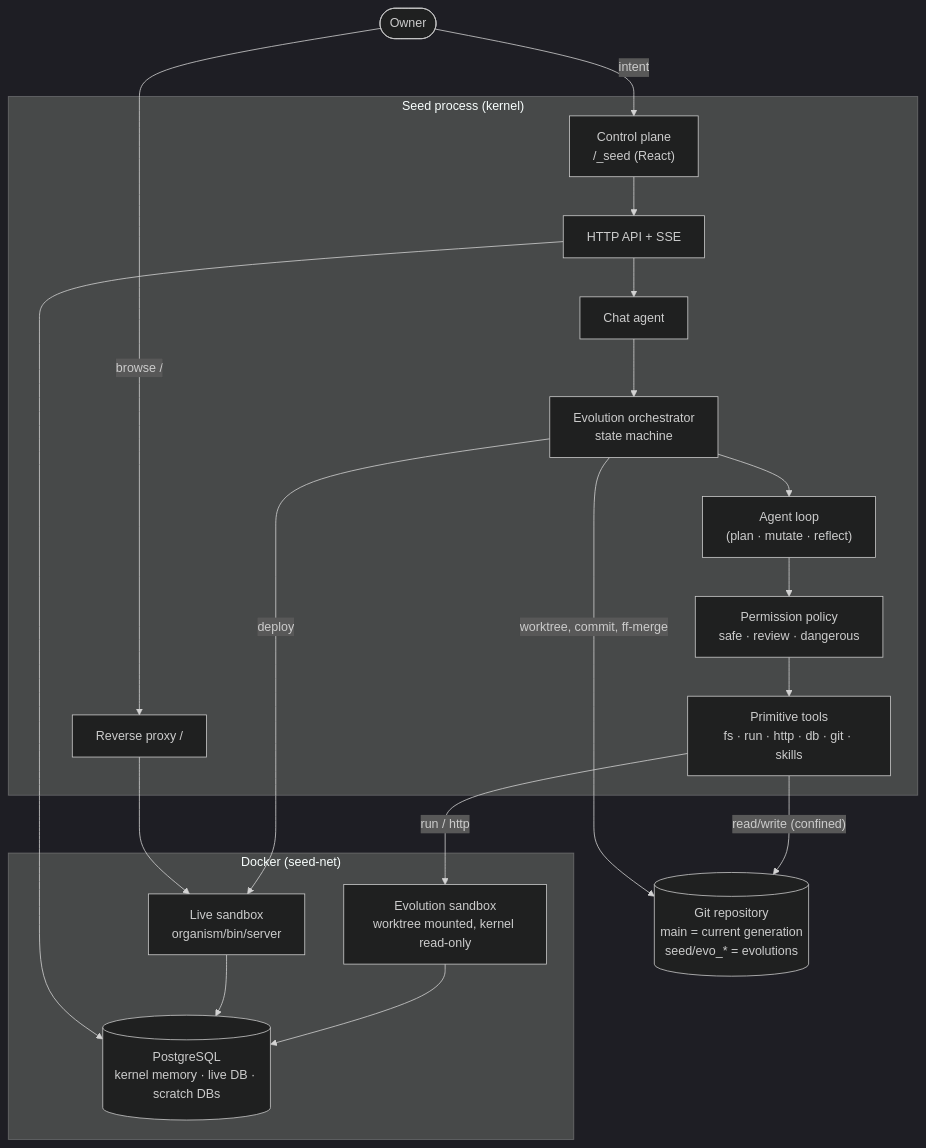
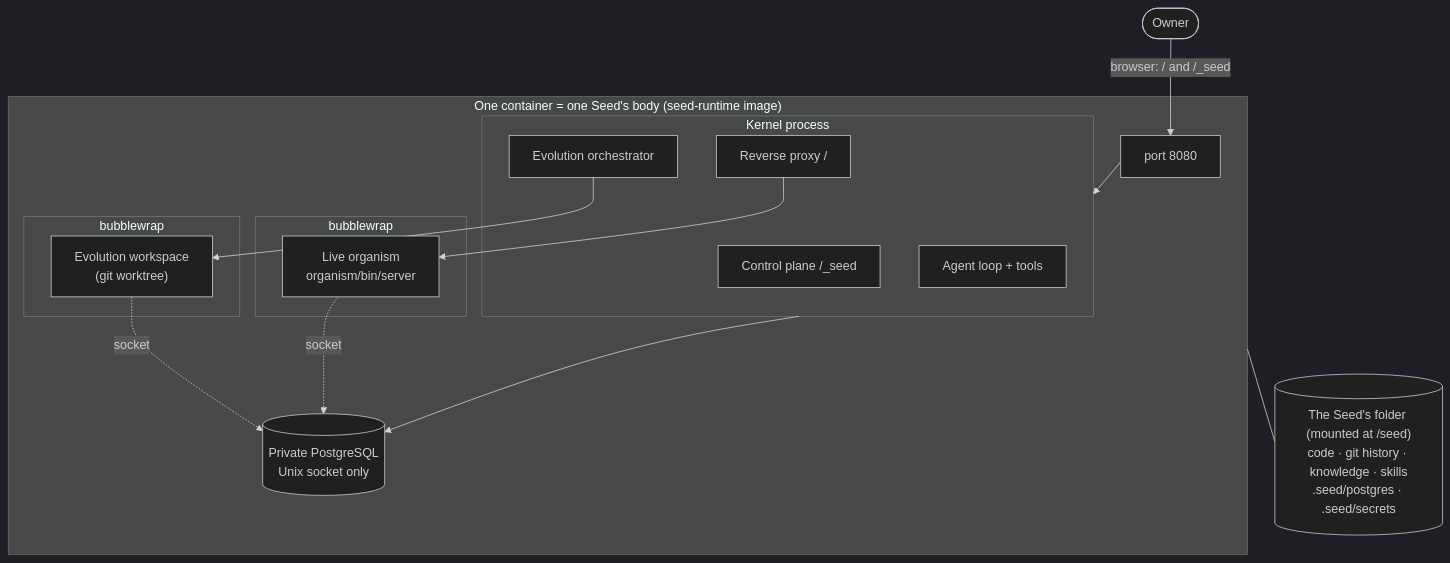
One commit to paezao/seed changed the diagram in docs/architecture.md. Above: the diagram before and after it, drawn with Mermaid (dark theme). The commit also changed other lines of this file and 54 other files, not shown here.

````diff
--- a/docs/architecture.md
+++ b/docs/architecture.md
@@ -14,35 +14,29 @@
 ```mermaid
 flowchart TB
-    owner([Owner]) -- intent --> cp
+    owner([Owner]) -- "browser: / and /_seed" --> port
 
-    subgraph seed["Seed process (kernel)"]
-        cp["Control plane<br/>/_seed (React)"]
-        api["HTTP API + SSE"]
-        chat["Chat agent"]
-        orch["Evolution orchestrator<br/>state machine"]
-        agent["Agent loop<br/>(plan · mutate · reflect)"]
-        tools["Primitive tools<br/>fs · run · http · db · git · skills"]
-        perm["Permission policy<br/>safe · review · dangerous"]
-        proxy["Reverse proxy  /"]
-        cp --> api --> chat --> orch
-        orch --> agent --> perm --> tools
+    subgraph container["One container = one Seed's body (seed-runtime image)"]
+        port["port 8080"] --> kernel
+        subgraph kernel["Kernel process"]
+            cp["Control plane /_seed"]
+            orch["Evolution orchestrator"]
+            agent["Agent loop + tools"]
+            proxy["Reverse proxy /"]
+        end
+        pg[("Private PostgreSQL<br/>Unix socket only")]
+        subgraph bw1["bubblewrap"]
+            evo["Evolution workspace<br/>(git worktree)"]
+        end
+        subgraph bw2["bubblewrap"]
+            live["Live organism<br/>organism/bin/server"]
+        end
+        kernel --> pg
+        orch --> evo
+        proxy --> live
+        evo -. socket .-> pg
+        live -. socket .-> pg
     end
 
-    subgraph docker["Docker (seed-net)"]
-        evo["Evolution sandbox<br/>worktree mounted, kernel read-only"]
-        live["Live sandbox<br/>organism/bin/server"]
-        pg[("PostgreSQL<br/>kernel memory · live DB · scratch DBs")]
-    end
-
-    repo[("Git repository<br/>main = current generation<br/>seed/evo_* = evolutions")]
-
-    tools -- "run / http" --> evo
-    tools -- "read/write (confined)" --> repo
-    orch -- "worktree, commit, ff-merge" --> repo
-    orch -- "deploy" --> live
-    proxy --> live
-    evo --> pg
-    live --> pg
-    api --> pg
-    owner -- "browse /" --> proxy
+    folder[("The Seed's folder (mounted at /seed)<br/>code · git history · knowledge · skills<br/>.seed/postgres · .seed/secrets")]
+    container --- folder
 ```
````
